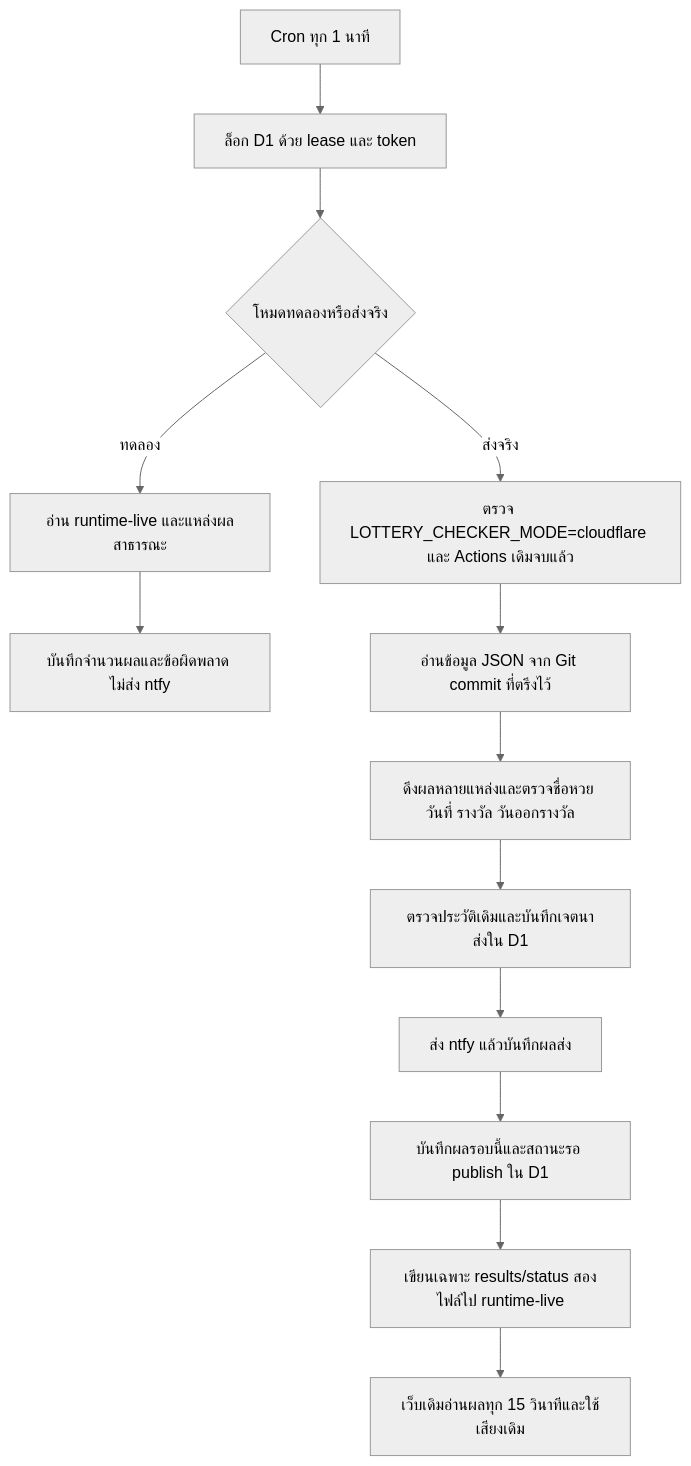
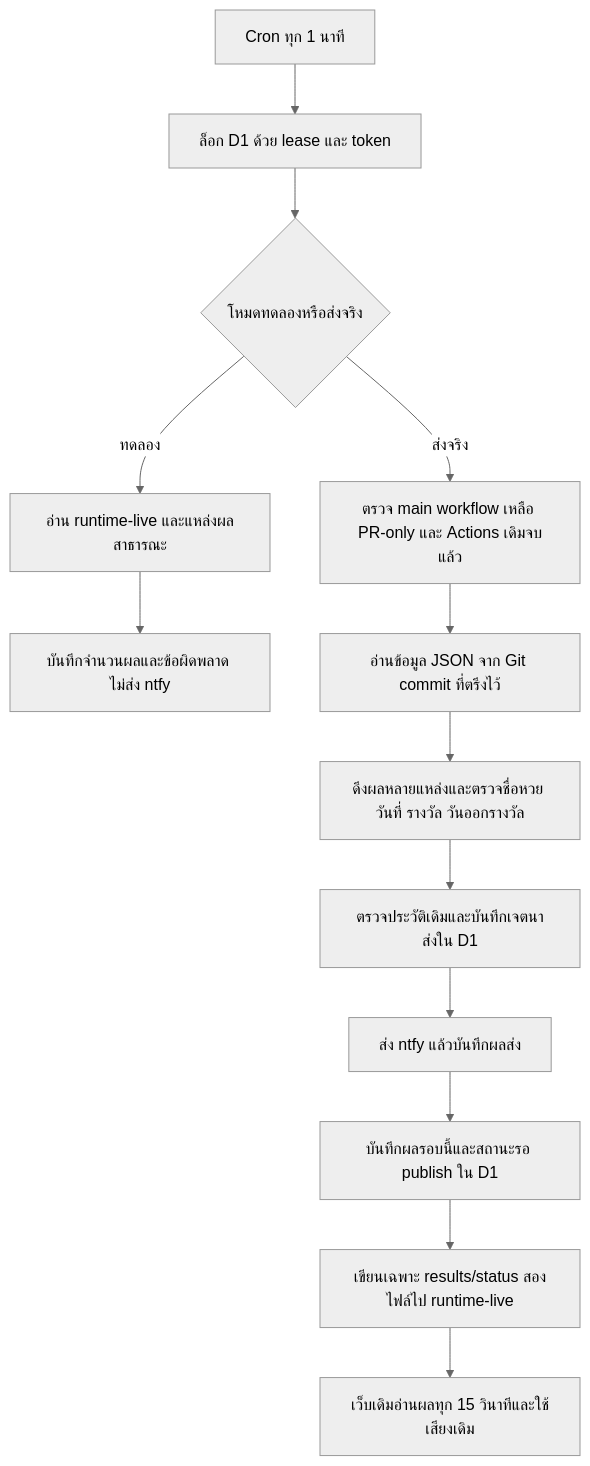
Before and after one commit to jirapatza/Bombim00: the diagram in docs/CLOUDFLARE_FREE_SETUP.md, drawn with Mermaid (neutral theme). The commit also changed other lines of this file, not shown here.

Commit message:
docs(cutover): replace GitHub variable gate with reviewed PR-only workflow check

````diff
--- a/docs/CLOUDFLARE_FREE_SETUP.md
+++ b/docs/CLOUDFLARE_FREE_SETUP.md
@@ -9,15 +9,15 @@
 ```mermaid
 flowchart TD
   A[Cron ทุก 1 นาที] --> B[ล็อก D1 ด้วย lease และ token]
   B --> C{โหมดทดลองหรือส่งจริง}
   C -->|ทดลอง| D[อ่าน runtime-live และแหล่งผลสาธารณะ]
   D --> E[บันทึกจำนวนผลและข้อผิดพลาด ไม่ส่ง ntfy]
-  C -->|ส่งจริง| F[ตรวจ LOTTERY_CHECKER_MODE=cloudflare และ Actions เดิมจบแล้ว]
+  C -->|ส่งจริง| F[ตรวจ main workflow เหลือ PR-only และ Actions เดิมจบแล้ว]
   F --> G[อ่านข้อมูล JSON จาก Git commit ที่ตรึงไว้]
   G --> H[ดึงผลหลายแหล่งและตรวจชื่อหวย วันที่ รางวัล วันออกรางวัล]
   H --> I[ตรวจประวัติเดิมและบันทึกเจตนาส่งใน D1]
   I --> J[ส่ง ntfy แล้วบันทึกผลส่ง]
   J --> K[บันทึกผลรอบนี้และสถานะรอ publish ใน D1]
   K --> L[เขียนเฉพาะ results/status สองไฟล์ไป runtime-live]
   L --> M[เว็บเดิมอ่านผลทุก 15 วินาทีและใช้เสียงเดิม]
 ```
````
